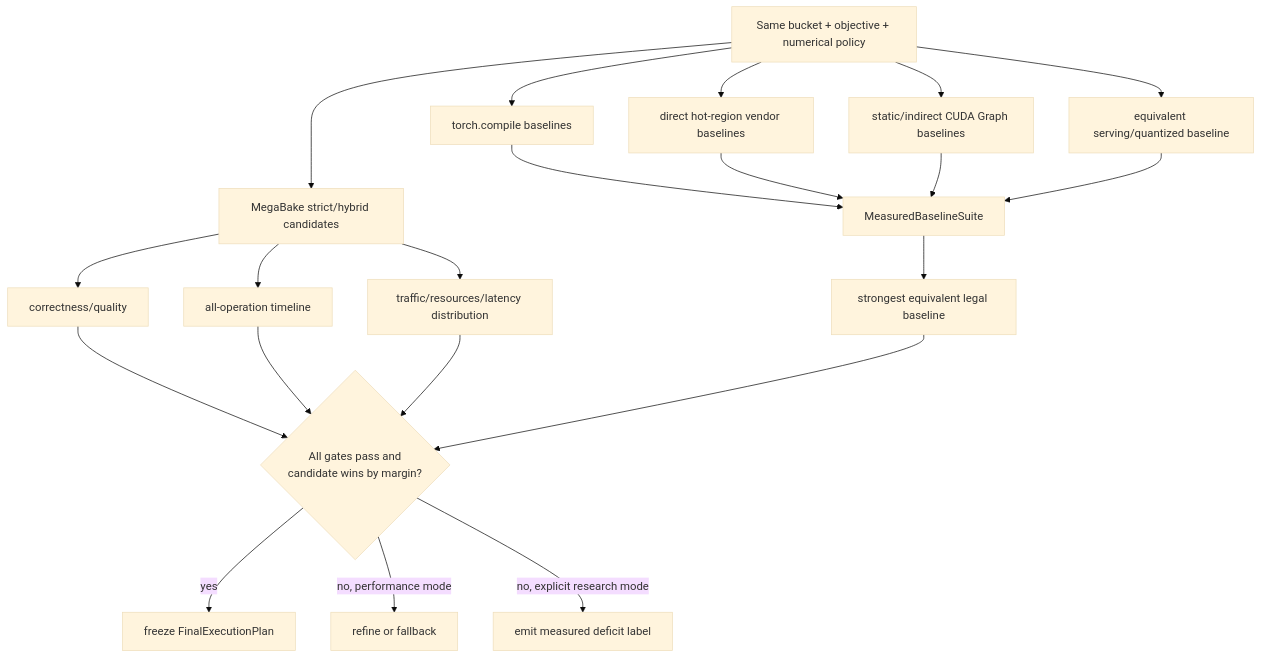
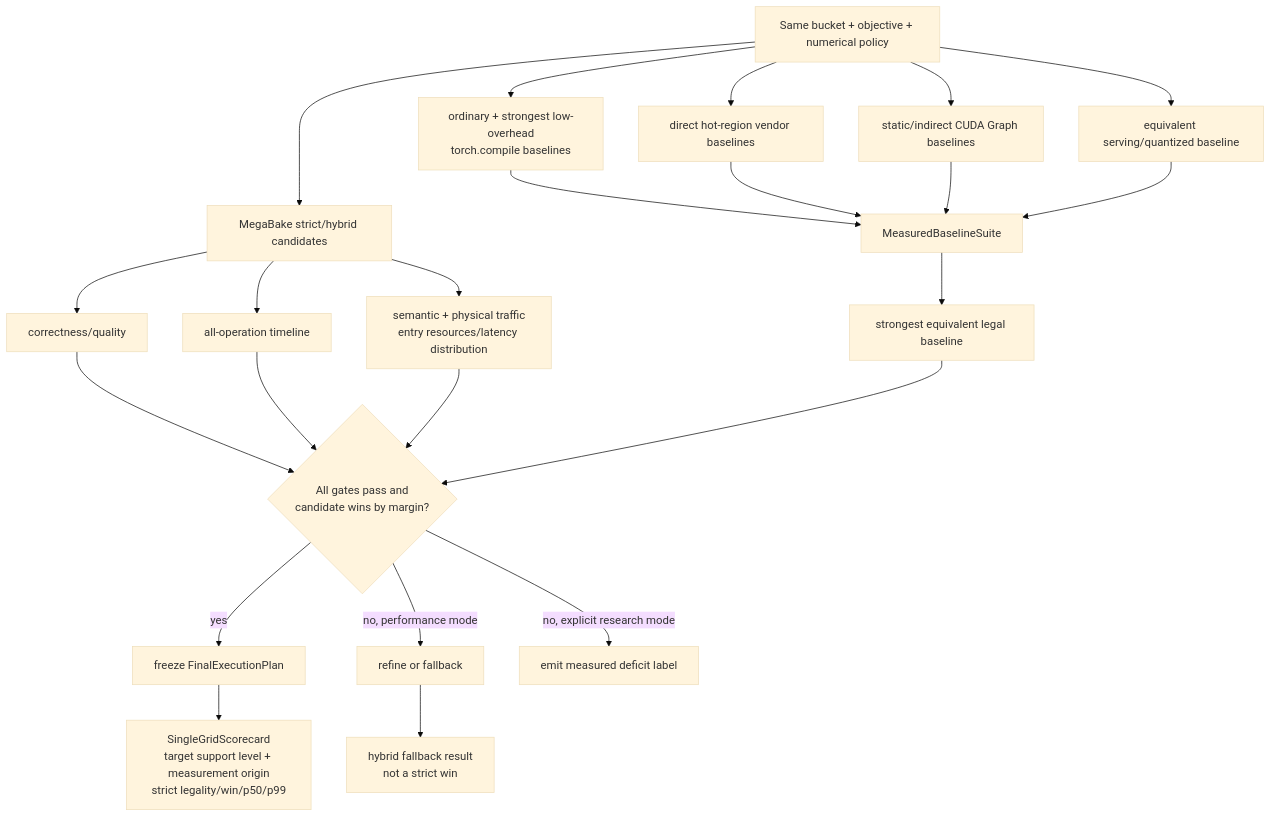
Diagram 15 of 16 in MEGABAKE_V2_DATAFLOW_DIAGRAM.md (megabake/megabake), drawn with Mermaid (base theme) before and after one commit. The commit also changed other lines of this file and 6 other files, not shown here.

Commit message:
updating the final architecture

````diff
--- a/MEGABAKE_V2_DATAFLOW_DIAGRAM.md
+++ b/MEGABAKE_V2_DATAFLOW_DIAGRAM.md
@@ -479,25 +560,27 @@
 ```mermaid
 flowchart TB
-  A["Same bucket + objective + numerical policy"] --> B["torch.compile baselines"]
+  A["Same bucket + objective + numerical policy"] --> B["ordinary + strongest low-overhead<br/>torch.compile baselines"]
   A --> C["direct hot-region vendor baselines"]
   A --> D["static/indirect CUDA Graph baselines"]
   A --> E["equivalent serving/quantized baseline"]
   A --> F["MegaBake strict/hybrid candidates"]
 
   B --> G["MeasuredBaselineSuite"]
   C --> G
   D --> G
   E --> G
   G --> H["strongest equivalent legal baseline"]
 
   F --> I["correctness/quality"]
   F --> J["all-operation timeline"]
-  F --> K["traffic/resources/latency distribution"]
+  F --> K["semantic + physical traffic<br/>entry resources/latency distribution"]
   I --> L{"All gates pass and<br/>candidate wins by margin?"}
   J --> L
   K --> L
   H --> L
   L -->|yes| M["freeze FinalExecutionPlan"]
   L -->|no, performance mode| N["refine or fallback"]
   L -->|no, explicit research mode| O["emit measured deficit label"]
+  M --> P["SingleGridScorecard<br/>target support level + measurement origin<br/>strict legality/win/p50/p99"]
+  N --> Q["hybrid fallback result<br/>not a strict win"]
 ```
````
